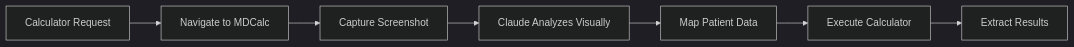
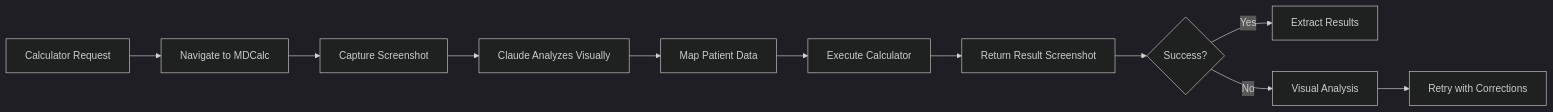
The diagram in mcp-servers/mdcalc-automation-mcp/README.md (georgevetticaden/mdcalc-agent), drawn with Mermaid (dark theme) before and after one commit. The commit also changed other lines of this file and 4 other files, not shown here.

````diff
--- a/mcp-servers/mdcalc-automation-mcp/README.md
+++ b/mcp-servers/mdcalc-automation-mcp/README.md
@@ -29,9 +29,13 @@
 ```mermaid
 graph LR
     A[Calculator Request] --> B[Navigate to MDCalc]
     B --> C[Capture Screenshot]
     C --> D[Claude Analyzes Visually]
     D --> E[Map Patient Data]
     E --> F[Execute Calculator]
-    F --> G[Extract Results]
+    F --> G[Return Result Screenshot]
+    G --> H{Success?}
+    H -->|Yes| I[Extract Results]
+    H -->|No| J[Visual Analysis]
+    J --> K[Retry with Corrections]
 ```
````
